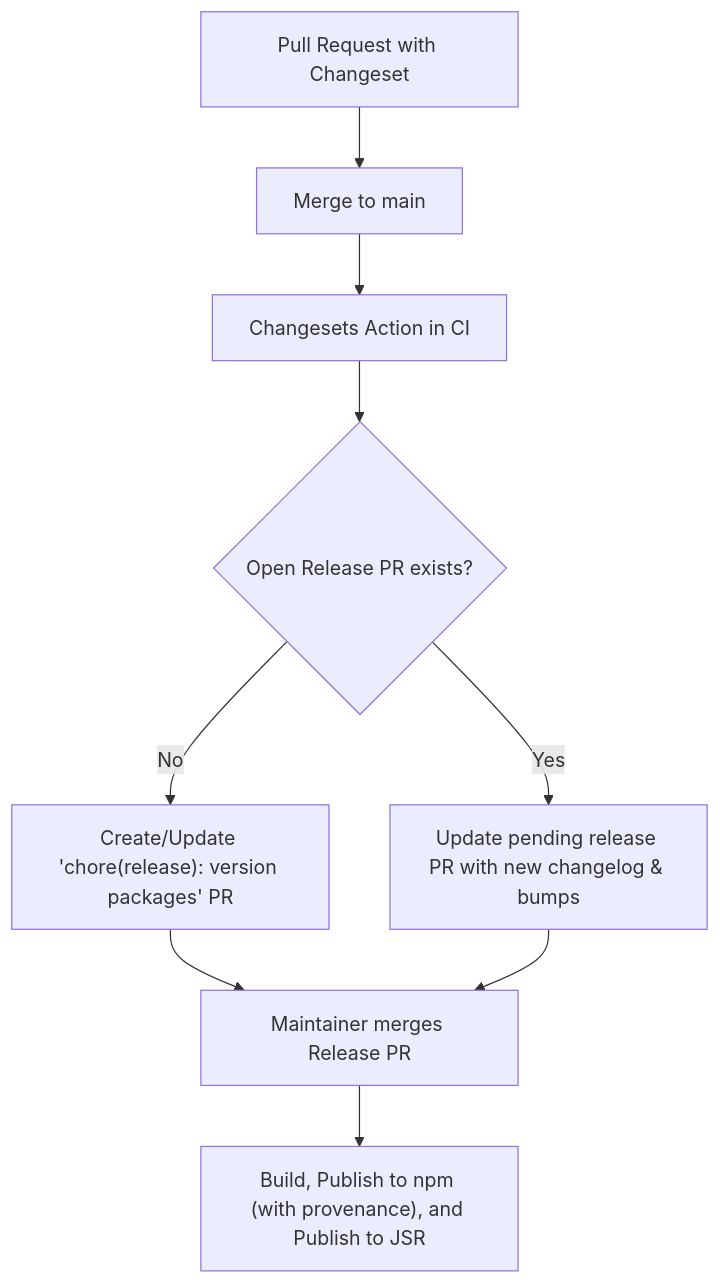
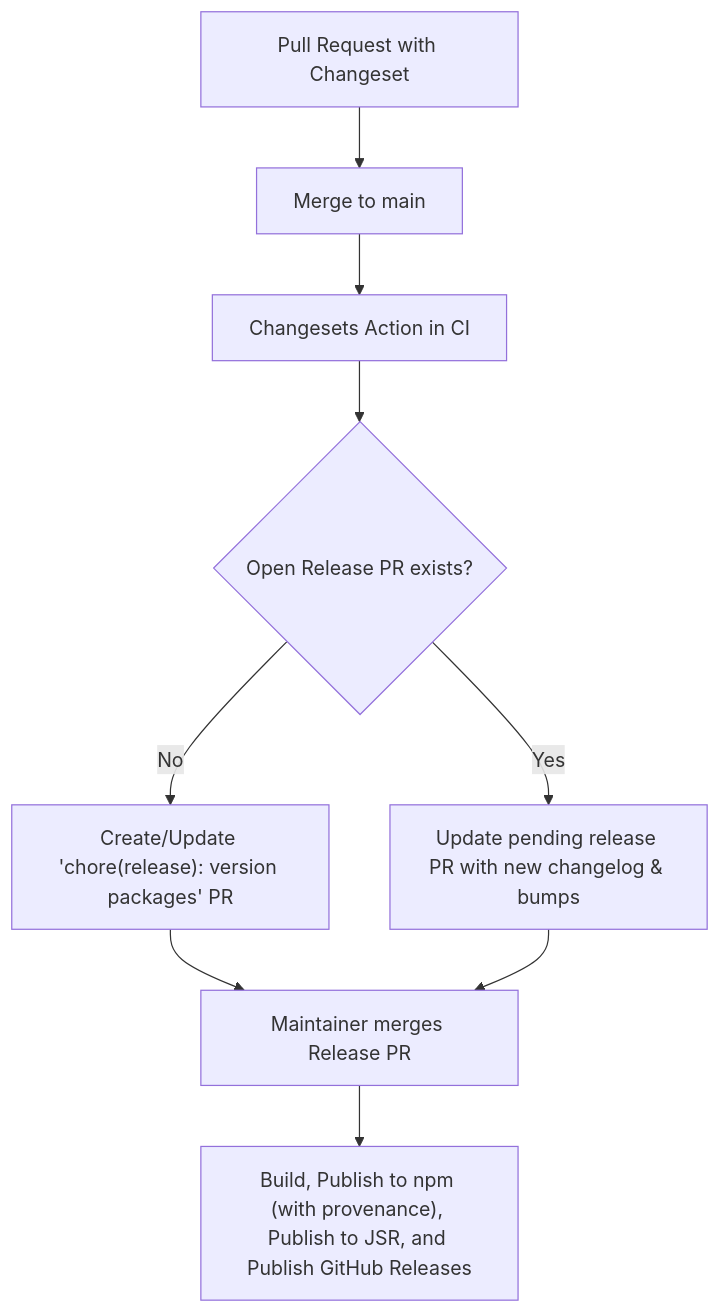
The diagram in docs/versioning-and-changesets.md (Banksia-Corp/signals), drawn with Mermaid before and after one commit. The commit also changed other lines of this file and 5 other files, not shown here.

Commit message:
ci: publish GitHub releases and release notes on package release (fixes #15)

````diff
--- a/docs/versioning-and-changesets.md
+++ b/docs/versioning-and-changesets.md
@@ -84,11 +84,11 @@
 ```mermaid
 flowchart TD
     PR["Pull Request with Changeset"] --> Merge["Merge to main"]
     Merge --> ReleaseAction["Changesets Action in CI"]
     ReleaseAction --> CheckPR{"Open Release PR exists?"}
     CheckPR -- No --> OpenPR["Create/Update 'chore(release): version packages' PR"]
     CheckPR -- Yes --> UpdatePR["Update pending release PR with new changelog & bumps"]
     OpenPR --> MaintainerMerge["Maintainer merges Release PR"]
     UpdatePR --> MaintainerMerge
-    MaintainerMerge --> PublishStep["Build, Publish to npm (with provenance), and Publish to JSR"]
+    MaintainerMerge --> PublishStep["Build, Publish to npm (with provenance), Publish to JSR, and Publish GitHub Releases"]
 ```
````
